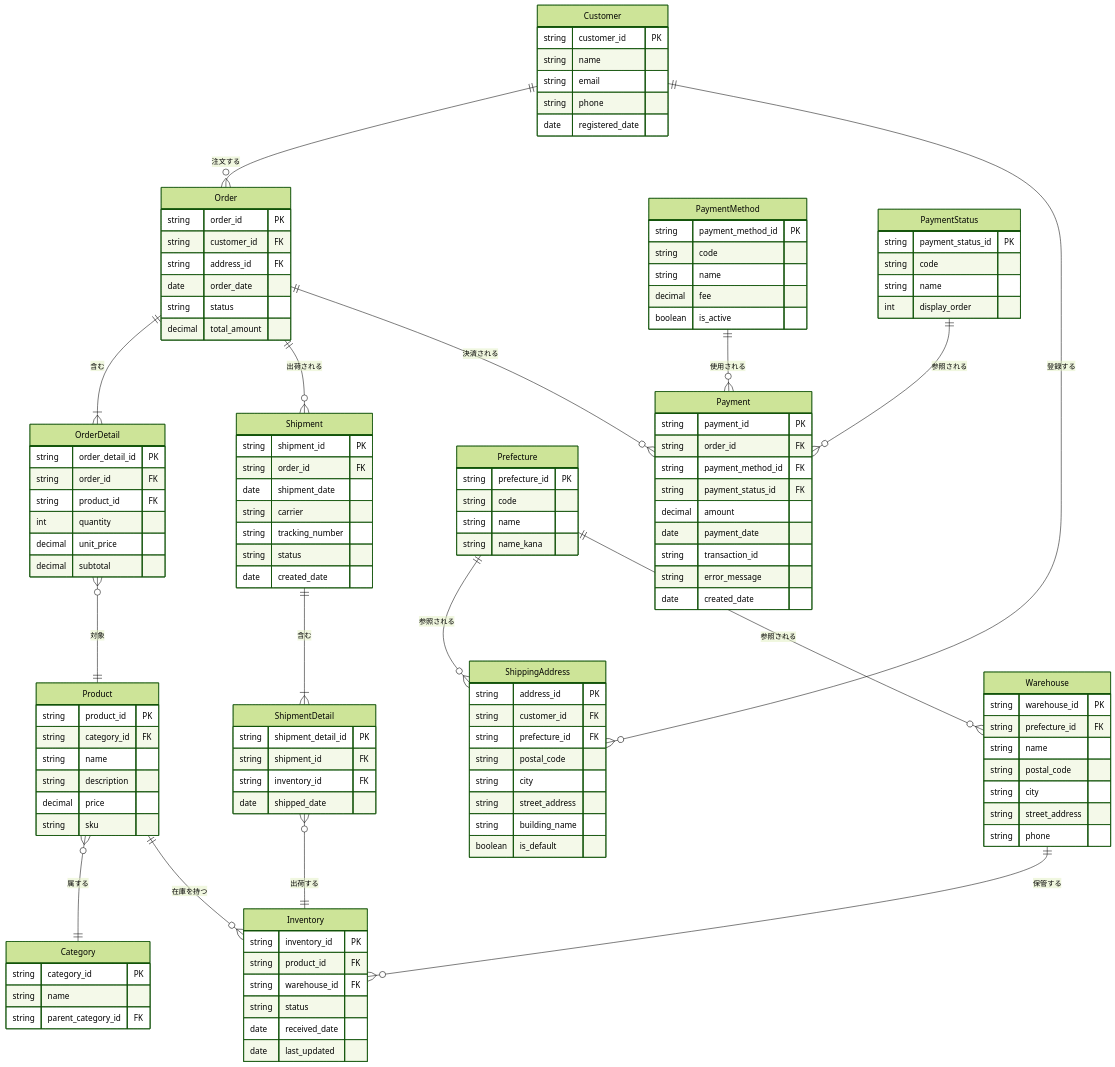
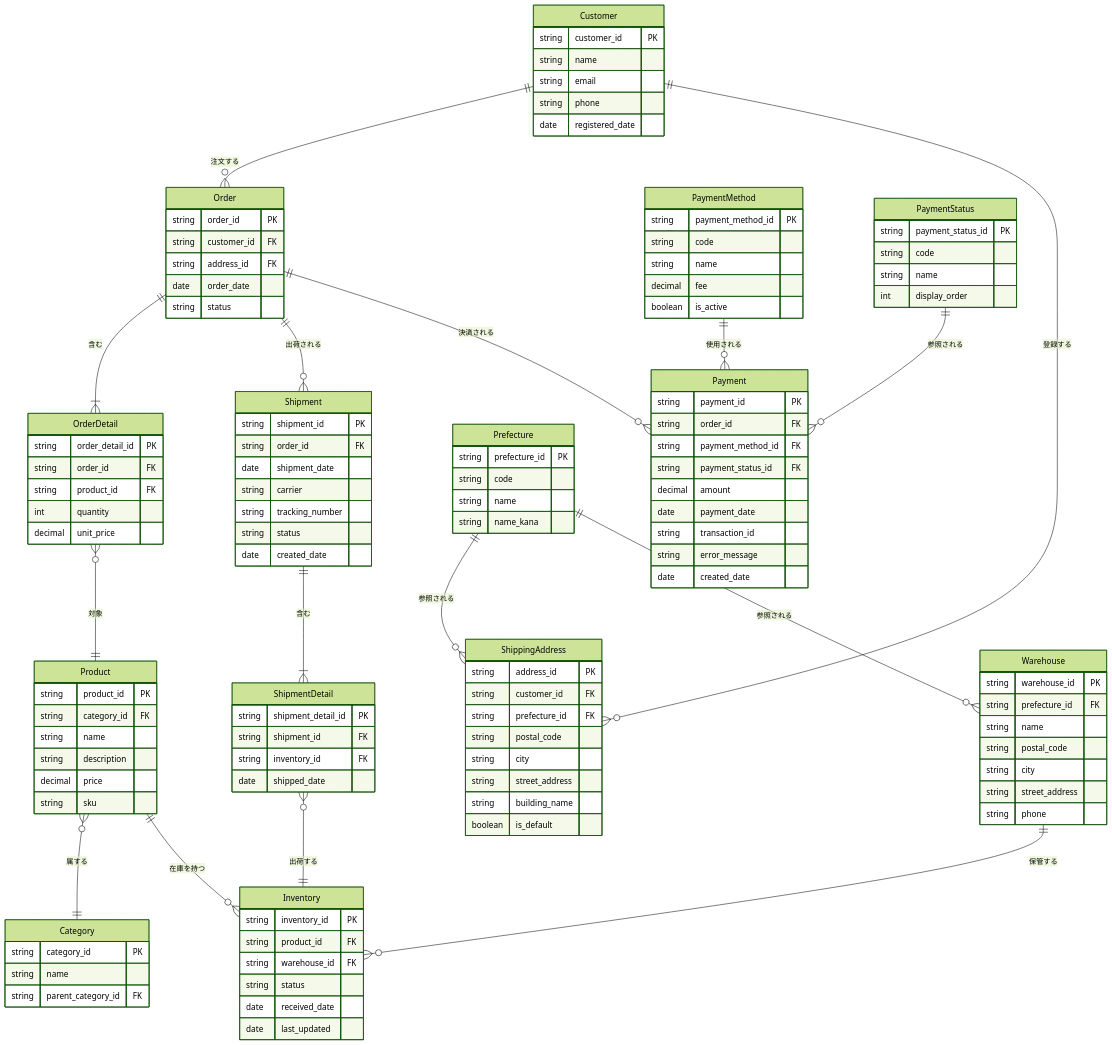
The diagram in docs/data_modeling/conceptual_data_model.md (guangpingjiujing-dot/kanai), drawn with Mermaid (forest theme) before and after one commit. The commit also changed other lines of this file and 1 other file, not shown here.

```diff
--- a/docs/data_modeling/conceptual_data_model.md
+++ b/docs/data_modeling/conceptual_data_model.md
@@ -52,17 +52,14 @@
         string address_id FK
         date order_date
         string status
-        decimal total_amount
     }
 
     OrderDetail {
         string order_detail_id PK
-
         string order_id FK
         string product_id FK
         int quantity
         decimal unit_price
-        decimal subtotal
     }
 
     Product {
```
